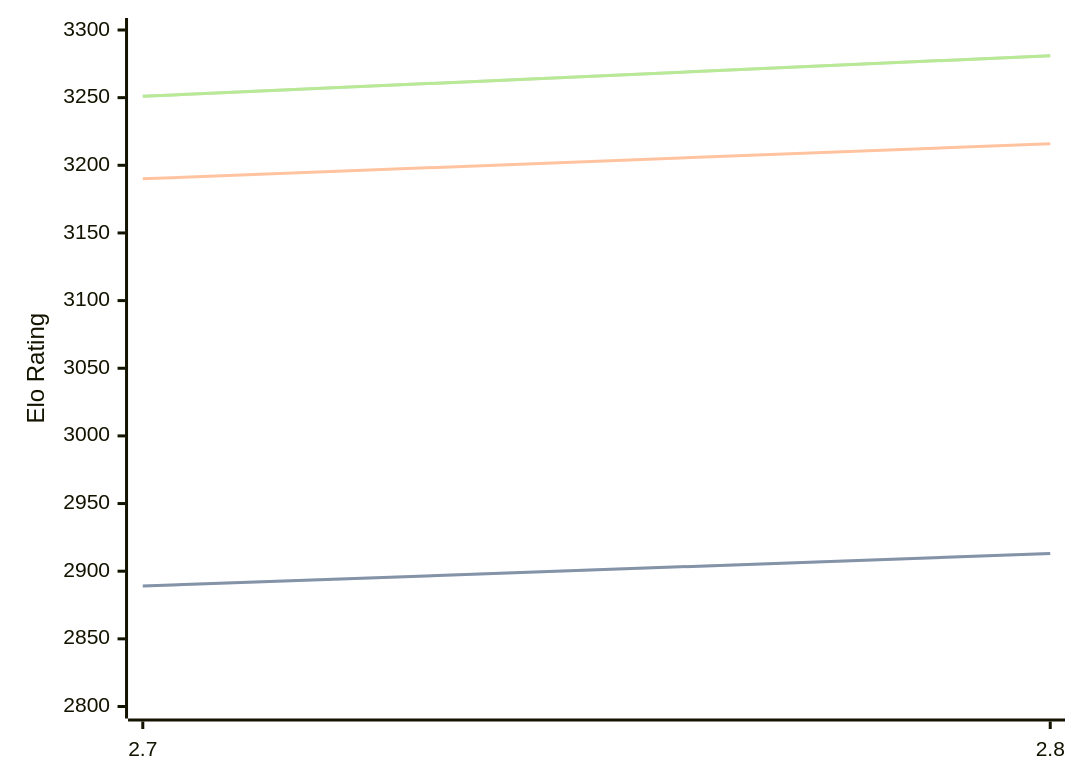
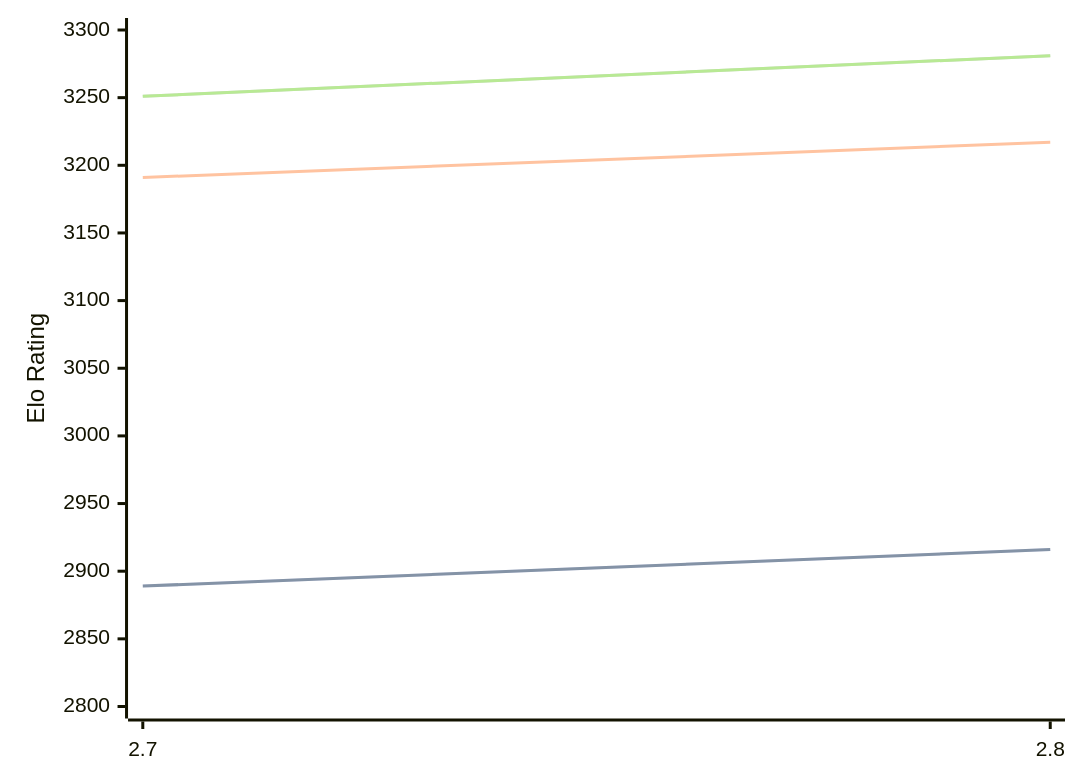
Before and after one commit to computer-chess-index/cci: the third of 3 diagrams in engines/Arcanum.md, drawn with Mermaid. The commit also changed other lines of this file, not shown here.

````diff
--- a/engines/Arcanum.md
+++ b/engines/Arcanum.md
@@ -77,11 +77,11 @@
 ```mermaid
 %%{init: {"theme":"base","themeVariables":{"seriesColors:['#a3a3a3','#222221','#faa371']}}}%%
 xychart-beta
   x-axis ["2.7", "2.8"]
   y-axis "Elo Rating" 2800 --> 3300
-  line "STC (8.0+0.08s)" [2889, 2913]
-  line "STC (8.0+0.08s)" [2889, 2913]
-  line "LTC (60.0+0.60s)" [3190, 3216]
+  line "STC (8.0+0.08s)" [2889, 2916]
+  line "STC (8.0+0.08s)" [2889, 2916]
+  line "LTC (60.0+0.60s)" [3191, 3217]
   line "VLTC (2m24s+1.12s)" [3251, 3281]
   line "VLTC (2m24s+1.12s)" [3251, 3281]
 ```
````
